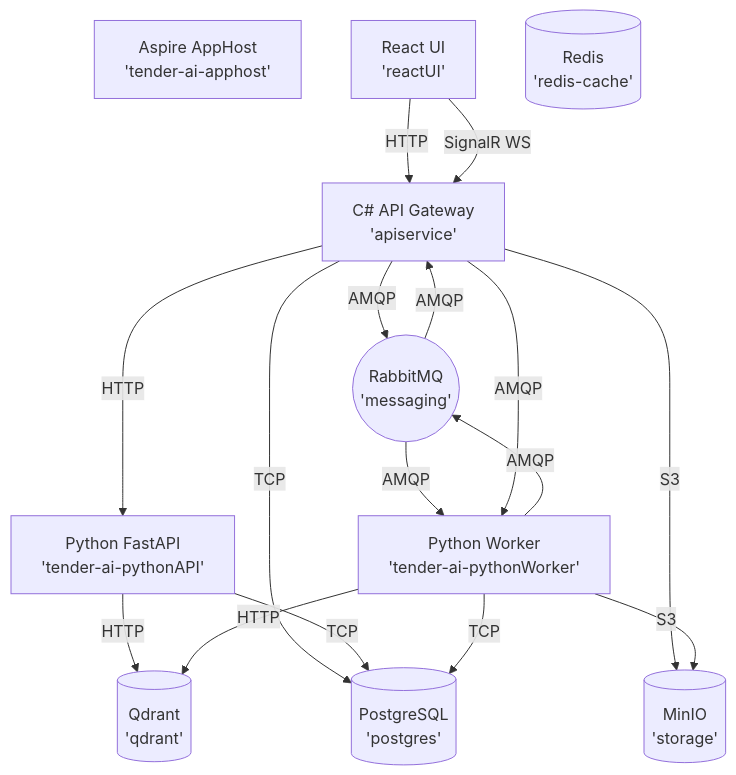
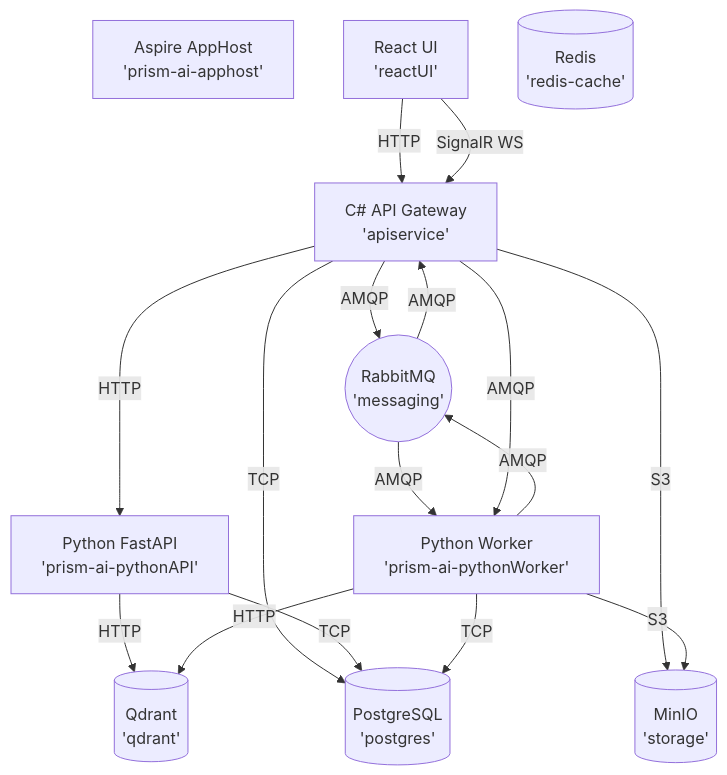
Before and after one commit to i-mouse/prism: the first of 5 diagrams in docs/AI_HANDOFF.md, drawn with Mermaid. The commit also changed other lines of this file and 117 other files, not shown here.

Commit message:
TenderAI - Prism

````diff
--- a/docs/AI_HANDOFF.md
+++ b/docs/AI_HANDOFF.md
@@ -6,34 +6,34 @@
 ```mermaid
 flowchart TD
-    AppHost[Aspire AppHost\n'tender-ai-apphost']
+    AppHost[Aspire AppHost\n'prism-ai-apphost']
     
     UI[React UI\n'reactUI']
     API[C# API Gateway\n'apiservice']
-    PyAPI[Python FastAPI\n'tender-ai-pythonAPI']
-    PyWorker[Python Worker\n'tender-ai-pythonWorker']
+    PyAPI[Python FastAPI\n'prism-ai-pythonAPI']
+    PyWorker[Python Worker\n'prism-ai-pythonWorker']
     
     DB[(PostgreSQL\n'postgres')]
     VecDB[(Qdrant\n'qdrant')]
     Blob[(MinIO\n'storage')]
     MQ((RabbitMQ\n'messaging'))
     Cache[(Redis\n'redis-cache')]
 
     UI -- HTTP --> API
     UI -- SignalR WS --> API
     API -- HTTP --> PyAPI
     API -- AMQP --> MQ
     MQ -- AMQP --> PyWorker
     API -- AMQP --> PyWorker
     PyWorker -- AMQP --> MQ
     MQ -- AMQP --> API
     
     API -- S3 --> Blob
     PyWorker -- S3 --> Blob
     
     PyAPI -- HTTP --> VecDB
     PyWorker -- HTTP --> VecDB
     
     API -- TCP --> DB
     PyAPI -- TCP --> DB
     PyWorker -- TCP --> DB
 ```
````
